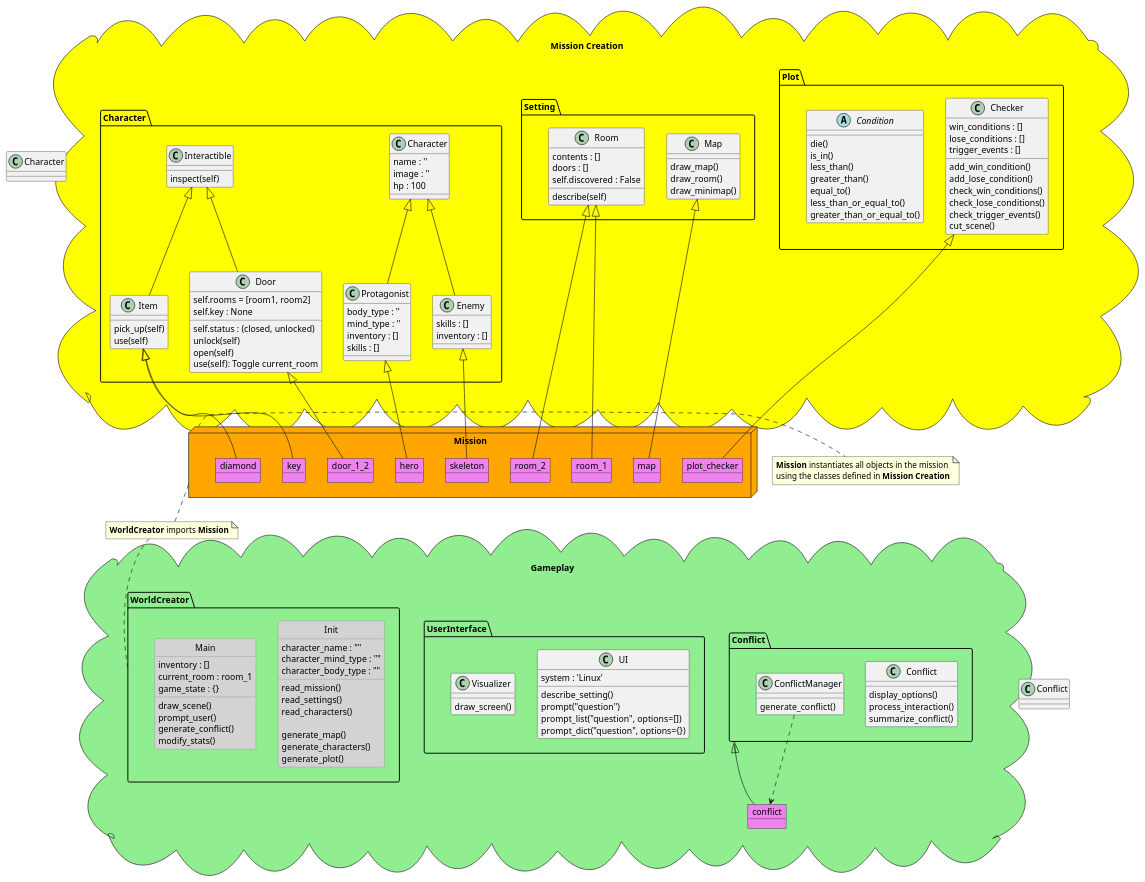
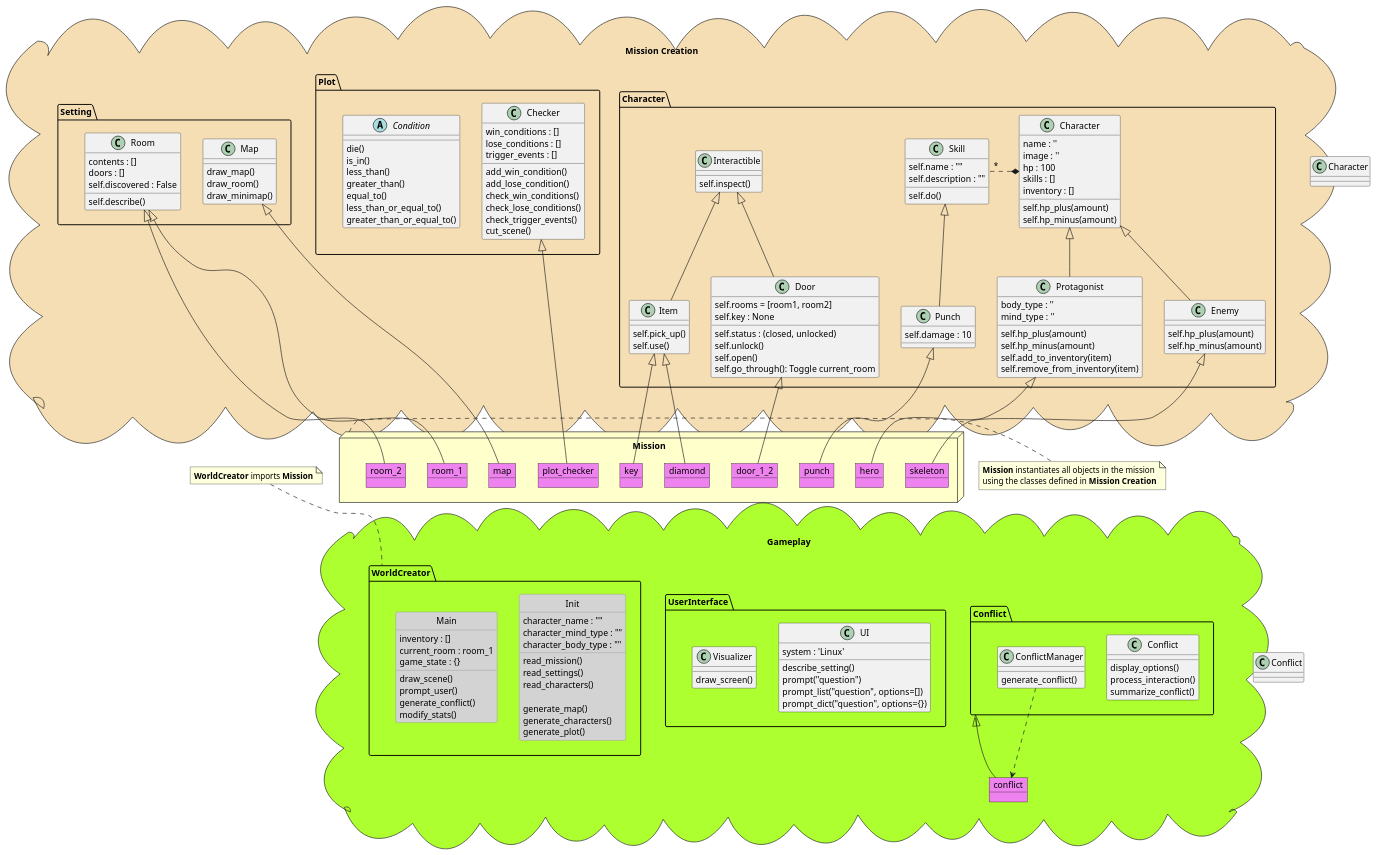
Before and after one commit to kiew-ay/Adventure: the diagram in doc/packages.puml, drawn with PlantUML. The commit also changed 2 other files, not shown here.

Commit message:
Added "Skill" class to UML and example_dungeon.py

```diff
--- a/doc/packages.puml
+++ b/doc/packages.puml
@@ -18,7 +18,7 @@
 ' PACKAGES
 '-------------------------------------------------------------------------------
 '_______________________________________________________________________________
-package "Mission Creation" <<Cloud>> #Yellow {
+package "Mission Creation" <<Cloud>> #Wheat {
     '_______________________________________________________________________________
     package Character <<Folder>> {
         '----------------------------------
@@ -26,40 +26,56 @@
             name : ''
             image : ''
             hp : 100
+            skills : []
+            inventory : []
+            self.hp_plus(amount)
+            self.hp_minus(amount)
         }
         class Protagonist {
             body_type : ''
             mind_type : ''
-            inventory : []
-            skills : []
+            self.hp_plus(amount)
+            self.hp_minus(amount)
+            self.add_to_inventory(item)
+            self.remove_from_inventory(item)
         }
         class Enemy {
-            skills : []
-            inventory : []
+            self.hp_plus(amount)
+            self.hp_minus(amount)
         }
         Character <|-- Protagonist
         Character <|-- Enemy
 
         '----------------------------------
+        class Skill {
+            self.name : ""
+            self.description : ""
+            self.do()
+        }
+        class Punch {
+            self.damage : 10
+        }
+        Character *. "*" Skill
+        Skill <|-- Punch
+
+        '----------------------------------
         class Interactible {
-            inspect(self)
+            self.inspect()
         }
         class Item {
-            pick_up(self)
-            use(self)
+            self.pick_up()
+            self.use()
         }   
-        Interactible <|-- Item
-
-        '----------------------------------
         class Door {
             self.rooms = [room1, room2]
             self.key : None
             self.status : (closed, unlocked)
-            unlock(self)
-            open(self)
+            self.unlock()
+            self.open()
             'toggle current_room between rooms in self.rooms
-            use(self): Toggle current_room
+            self.go_through(): Toggle current_room
         }
+        Interactible <|-- Item
         Interactible <|-- Door
     }
 
@@ -69,7 +85,7 @@
             contents : []
             doors : []
             self.discovered : False
-            describe(self)
+            self.describe()
         }
 
         class Map {
@@ -109,7 +125,7 @@
 
 
 '_______________________________________________________________________________
-package Mission <<Node>> #Orange {
+package Mission <<Node>> #BUSINESS {
     ''''''''''''''''''''''''''''''''''''''''''''''''''''''''''''''''''''''''''''
     '' The mission file instantiates everything that will exist in the mission.
     ''      - characters (hero, enemies, etc.)
@@ -122,6 +138,9 @@
 
     object skeleton
         Enemy <|-- skeleton
+
+    object punch
+        Punch <|-- punch
 
     object diamond
         Item <|-- diamond
@@ -147,7 +166,7 @@
 
 
 '_______________________________________________________________________________
-package "Gameplay" <<Cloud>> #LightGreen {
+package "Gameplay" <<Cloud>> #GreenYellow {
     '_______________________________________________________________________________
     package Conflict <<Folder>> {
         class Conflict {
@@ -168,7 +187,6 @@
     package UserInterface <<Folder>> {
         class UI {
             system : 'Linux'
-
             describe_setting()
             prompt("question")
             prompt_list("question", options=[])
@@ -223,13 +241,18 @@
 '           MISSION CREATION
 '---------------------------------------
 ' Align vertically: "Mission Creation", Mission, "Gameplay"
-"Mission Creation" -down[hidden]--> Mission
-Mission -down[hidden]--> "Gameplay"
+"Mission Creation" -down[hidden]-> Mission
+Mission -down[hidden]-> "Gameplay"
 
 ' Align horizontally: Character, Settings, Plot
 Character -[hidden]> Setting
 Setting   -[hidden]> Plot
 
+' Align Character above Enemy
+Character -[hidden]-> Enemy
+
+' Align Character over WorldCreator
+Character -[hidden]-> WorldCreator
 
 '_______________________________________
 '           MISSION
@@ -239,9 +262,9 @@
     using the classes defined in <b>Mission Creation</b>
 end note
 
-' Align Vertically: WorldCreator, Mission
+' Align Mission over WorldCreator
 note "<b>WorldCreator</b> imports <b>Mission</b>" as MissionImportNote
-Mission .. MissionImportNote 
+Mission .left[hidden]. MissionImportNote 
 MissionImportNote .. WorldCreator
 
 
```
